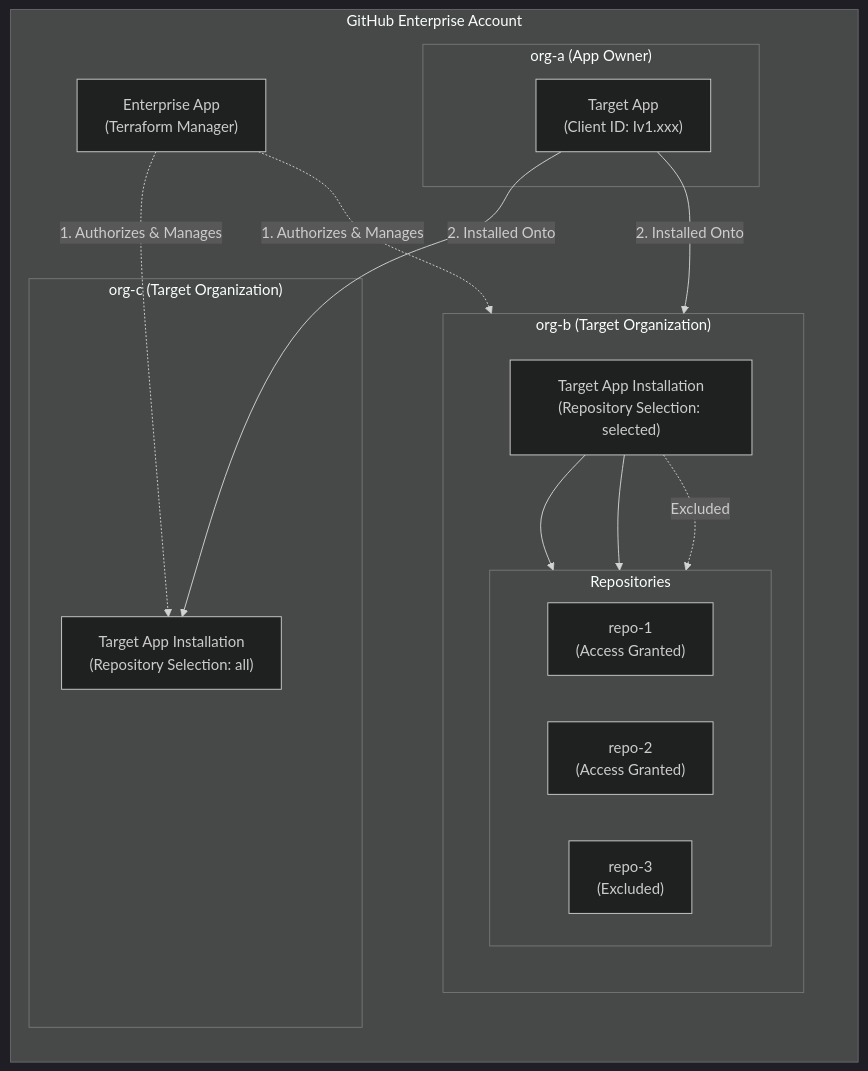
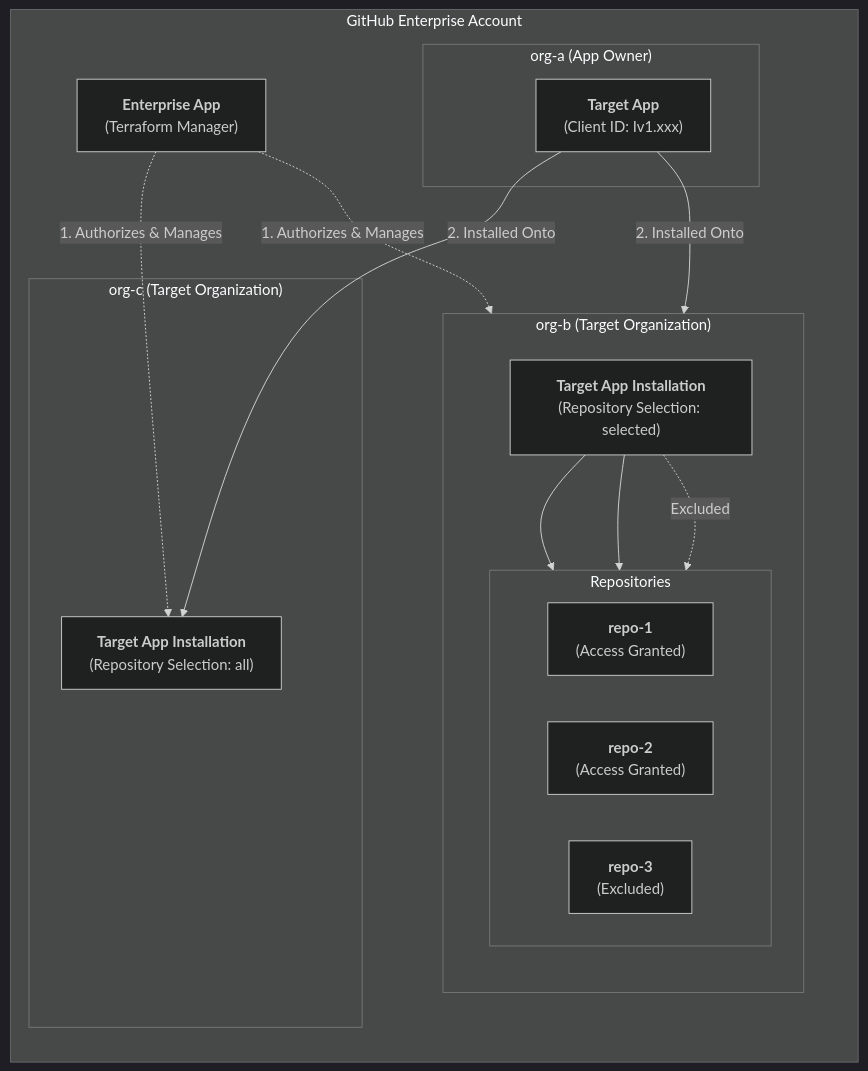
The diagram in README.md (google/terraform-provider-gh-app-unofficial), drawn with Mermaid (dark theme) before and after one commit. The commit also changed 7 other files, not shown here.

````diff
--- a/README.md
+++ b/README.md
@@ -36,38 +36,45 @@
 ```mermaid
 flowchart TD
     subgraph Enterprise ["GitHub Enterprise Account"]
         direction TB
 
-        ENT_APP["Enterprise App<br/>(Terraform Manager)"]
+        ENT_APP["`**Enterprise App**
+        (Terraform Manager)`"]
 
         subgraph ORG_A ["org-a (App Owner)"]
-            TARGET_APP["Target App<br/>(Client ID: Iv1.xxx)"]
+            TARGET_APP["`**Target App**
+            (Client ID: Iv1.xxx)`"]
         end
 
         subgraph ORG_B ["org-b (Target Organization)"]
             direction TB
-            INST_B["Target App Installation<br/>(Repository Selection: selected)"]
+            INST_B["`**Target App Installation**
+            (Repository Selection: selected)`"]
             
             subgraph Repos ["Repositories"]
                 direction LR
-                R1["repo-1<br/>(Access Granted)"]
-                R2["repo-2<br/>(Access Granted)"]
-                R3["repo-3<br/>(Excluded)"]
+                R1["`**repo-1**
+                (Access Granted)`"]
+                R2["`**repo-2**
+                (Access Granted)`"]
+                R3["`**repo-3**
+                (Excluded)`"]
             end
 
             INST_B --> R1
             INST_B --> R2
             INST_B -.->|Excluded| R3
         end
 
         subgraph ORG_C ["org-c (Target Organization)"]
-            INST_C["Target App Installation<br/>(Repository Selection: all)"]
+            INST_C["`**Target App Installation**
+            (Repository Selection: all)`"]
         end
 
         ENT_APP -.->|"1. Authorizes & Manages"| INST_B
         ENT_APP -.->|"1. Authorizes & Manages"| INST_C
 
         TARGET_APP -->|"2. Installed Onto"| INST_B
         TARGET_APP -->|"2. Installed Onto"| INST_C
     end
 ```
````
